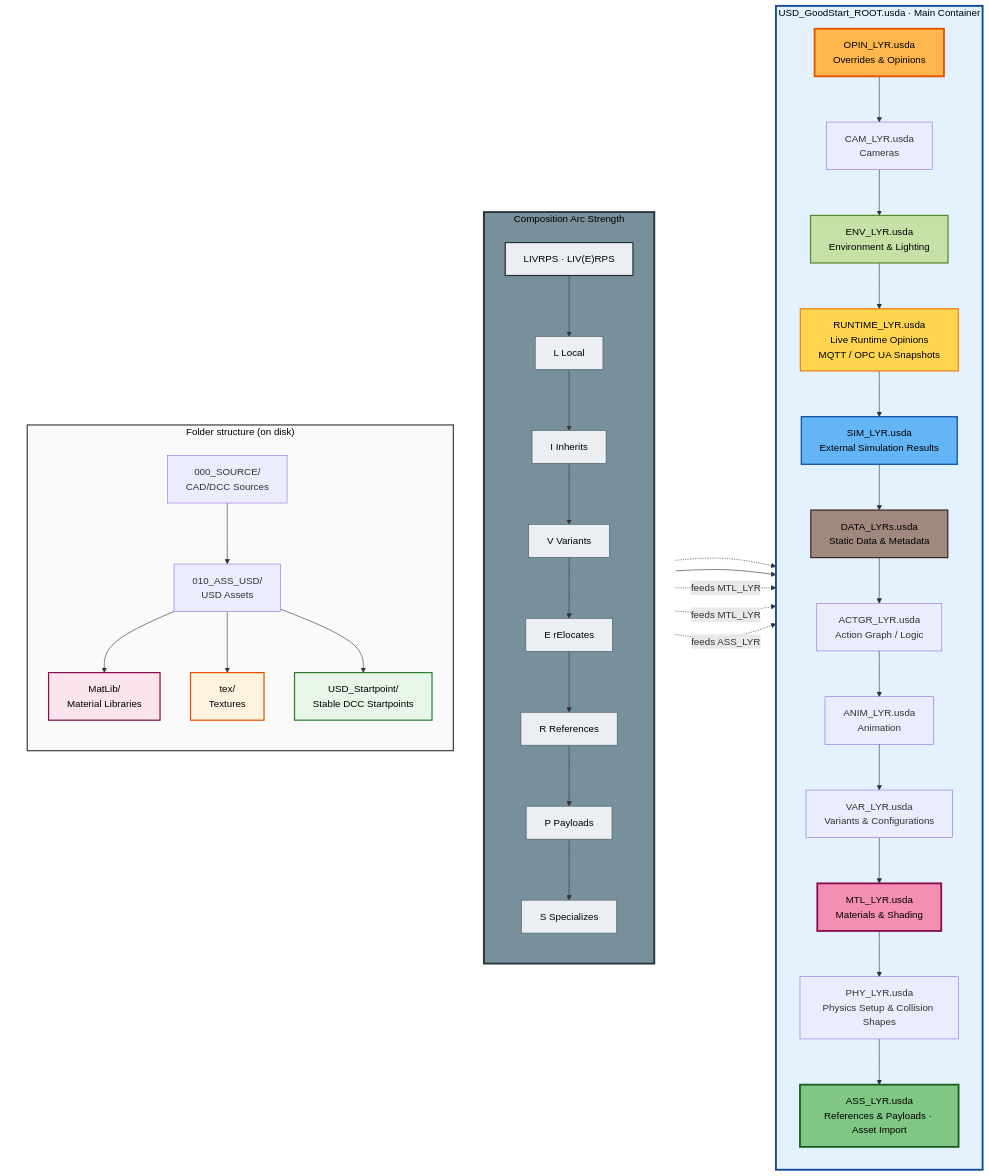
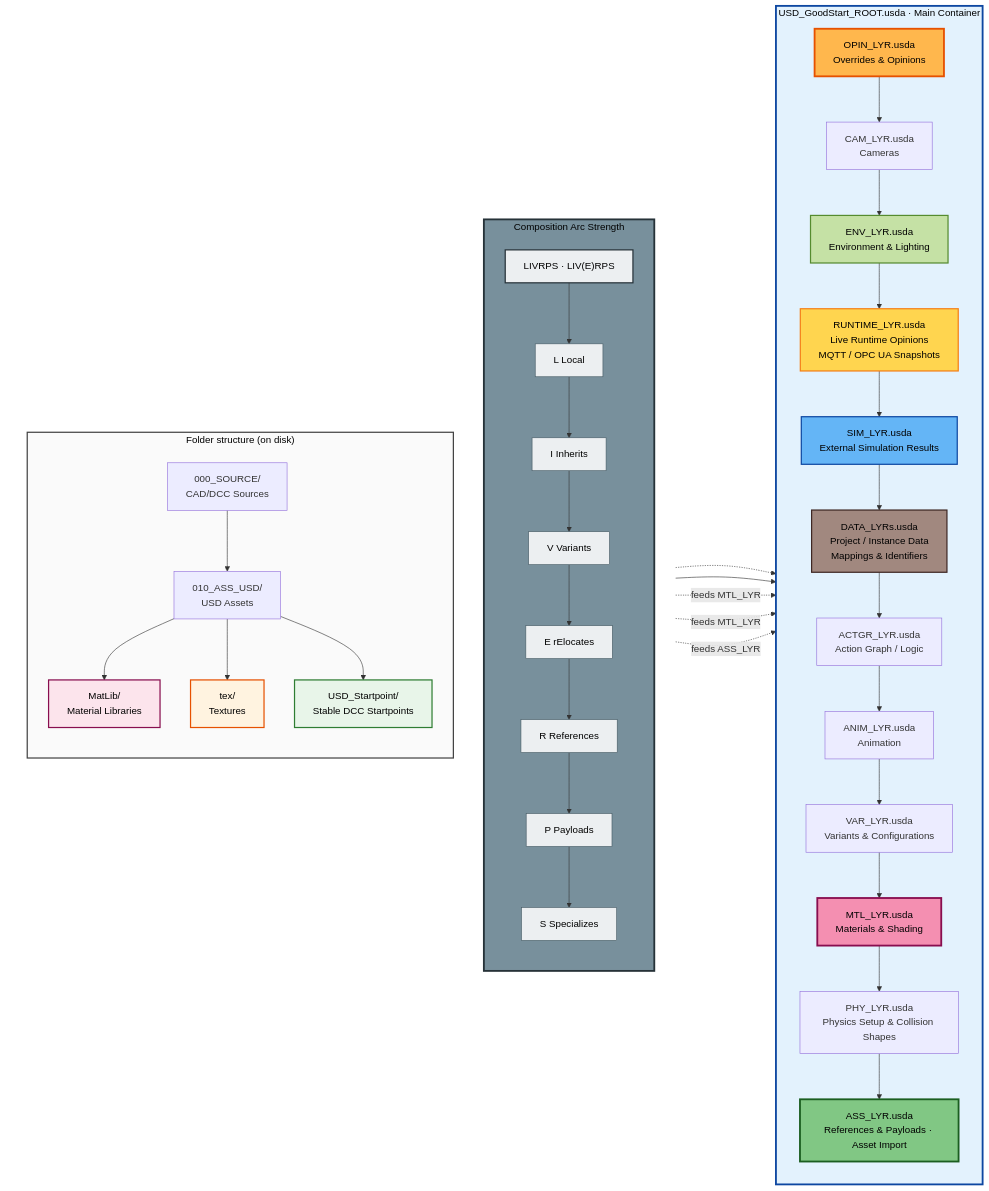
Before and after one commit to jph2/USD_GoodStart: diagram 11 of 24 in WIP_Docs/LAYER_ORDER_REFERENCES_RESEARCH.md, drawn with Mermaid. The commit also changed other lines of this file, not shown here.

```diff
--- a/WIP_Docs/LAYER_ORDER_REFERENCES_RESEARCH.md
+++ b/WIP_Docs/LAYER_ORDER_REFERENCES_RESEARCH.md
@@ -1155,7 +1169,7 @@
         Env[ENV_LYR.usda<br/>Environment & Lighting]
         Runtime[RUNTIME_LYR.usda<br/>Live Runtime Opinions<br/>MQTT / OPC UA Snapshots]
         Sim[SIM_LYR.usda<br/>External Simulation Results]
-        Data[DATA_LYRs.usda<br/>Static Data & Metadata]
+        Data[DATA_LYRs.usda<br/>Project / Instance Data<br/>Mappings & Identifiers]
         Actgr[ACTGR_LYR.usda<br/>Action Graph / Logic]
         Anim[ANIM_LYR.usda<br/>Animation]
         Variant[VAR_LYR.usda<br/>Variants & Configurations]
```
